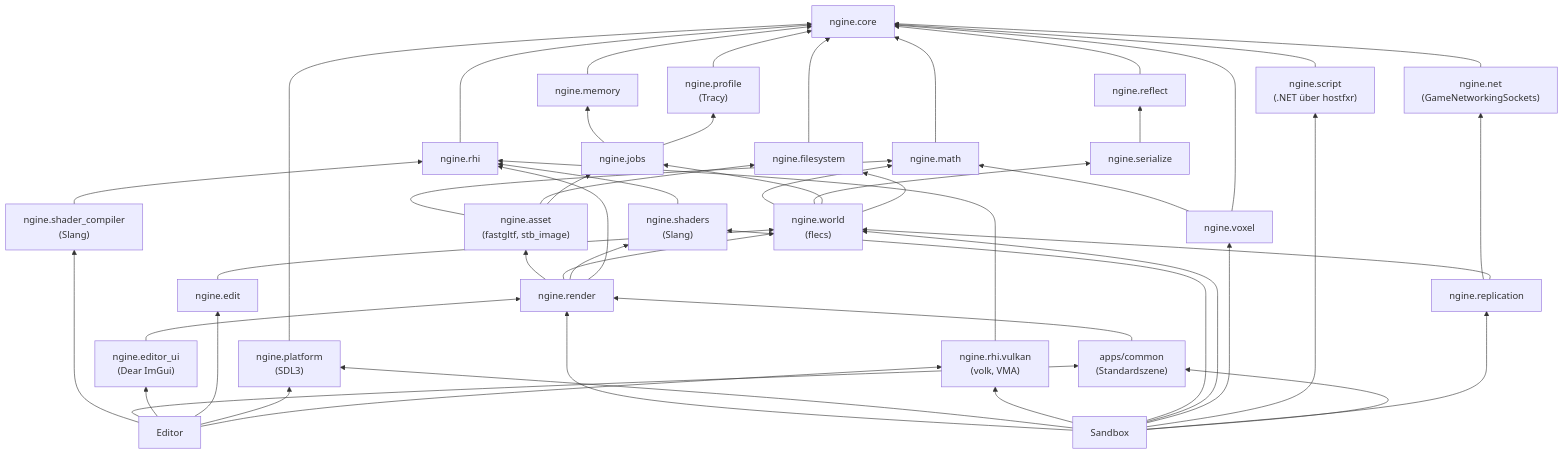
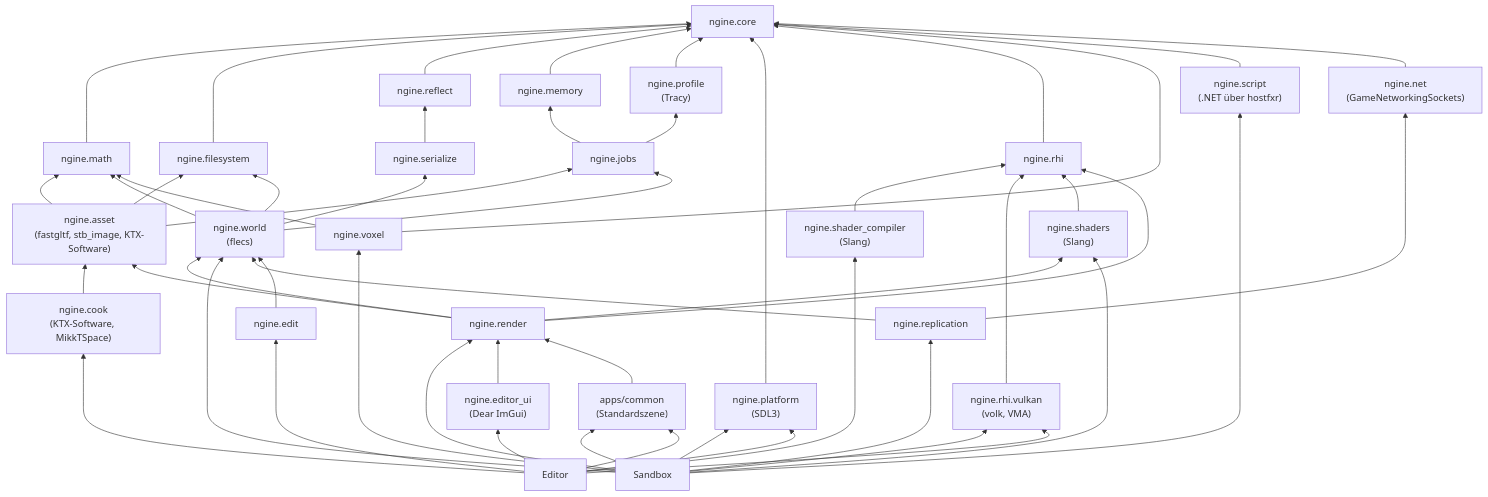
One commit to viiez/ngine changed the second of 14 diagrams in docs/architecture.md. Above: the diagram before and after it, drawn with Mermaid. The commit also changed other lines of this file and 94 other files, not shown here.

````diff
--- a/docs/architecture.md
+++ b/docs/architecture.md
@@ -54,76 +55,79 @@
 ```mermaid
 flowchart BT
     core["ngine.core"]
     memory["ngine.memory"]
     jobs["ngine.jobs"]
     profile["ngine.profile<br/>(Tracy)"]
     platform["ngine.platform<br/>(SDL3)"]
     rhi["ngine.rhi"]
     vulkan["ngine.rhi.vulkan<br/>(volk, VMA)"]
     shaders["ngine.shaders<br/>(Slang)"]
     fs["ngine.filesystem"]
     reflect["ngine.reflect"]
     serialize["ngine.serialize"]
     world["ngine.world<br/>(flecs)"]
     voxel["ngine.voxel"]
     script["ngine.script<br/>(.NET über hostfxr)"]
     net["ngine.net<br/>(GameNetworkingSockets)"]
     replication["ngine.replication"]
     sandbox["Sandbox"]
     editor["Editor"]
     common["apps/common<br/>(Standardszene)"]
     editor_ui["ngine.editor_ui<br/>(Dear ImGui)"]
     edit["ngine.edit"]
     math["ngine.math"]
     render["ngine.render"]
-    asset["ngine.asset<br/>(fastgltf, stb_image)"]
+    asset["ngine.asset<br/>(fastgltf, stb_image, KTX-Software)"]
+    cook["ngine.cook<br/>(KTX-Software, MikkTSpace)"]
+    cook --> asset
+    editor --> cook
     math --> core
     asset --> math
     asset --> fs
     asset --> jobs
     shader_compiler["ngine.shader_compiler<br/>(Slang)"]
     shader_compiler --> rhi
     editor --> shader_compiler
     render --> asset
     render --> world
     render --> shaders
     world --> math
     voxel --> math
     fs --> core
     reflect --> core
     serialize --> reflect
     world --> serialize
     world --> jobs
     world --> fs
     memory --> core
     jobs --> memory
     jobs --> profile
     profile --> core
     platform --> core
     rhi --> core
     vulkan --> rhi
     shaders --> rhi
     render --> rhi
     sandbox --> render
     sandbox --> platform
     sandbox --> vulkan
     sandbox --> shaders
     sandbox --> world
     voxel --> core
     sandbox --> voxel
     script --> core
     sandbox --> script
     net --> core
     replication --> net
     replication --> world
     sandbox --> replication
     editor_ui --> render
     sandbox --> common
     editor --> common
     common --> render
     editor --> editor_ui
     editor --> edit
     edit --> world
     editor --> platform
     editor --> vulkan
 ```
````
